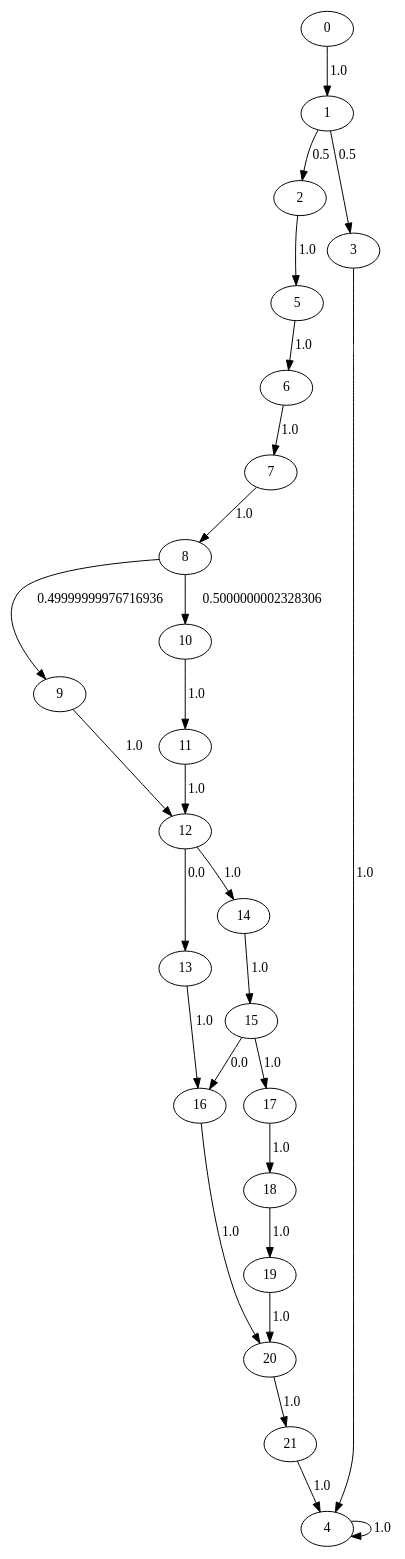
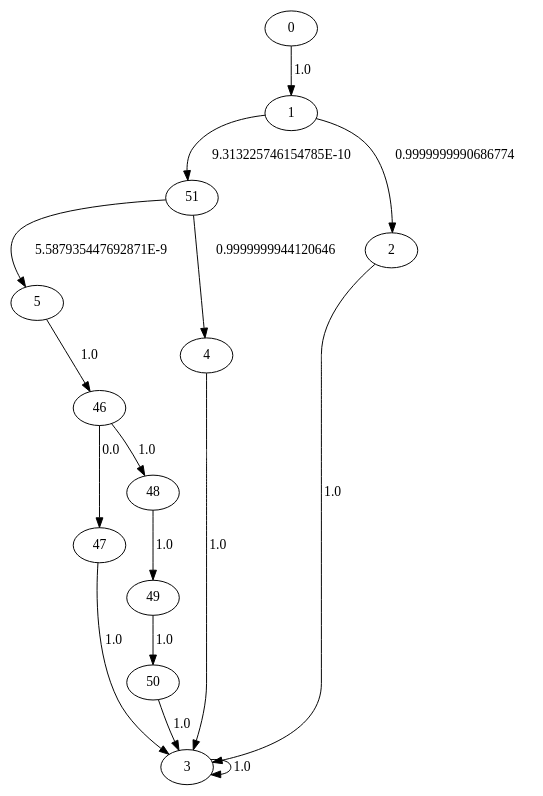
One commit to seemantasaha/DependencyAnalysis changed the diagram in LMain_test.dot. Above: the diagram before and after it, drawn with Graphviz. The commit also changed 17 other files, not shown here.

```diff
--- a/LMain_test.dot
+++ b/LMain_test.dot
@@ -1,28 +1,17 @@
 digraph {
-	11 -> 12[label= "1.0"];
-	12 -> 13[label= "0.0"];
-	12 -> 14[label= "1.0"];
-	13 -> 16[label= "1.0"];
-	14 -> 15[label= "1.0"];
-	15 -> 16[label= "0.0"];
-	15 -> 17[label= "1.0"];
-	16 -> 20[label= "1.0"];
-	17 -> 18[label= "1.0"];
-	18 -> 19[label= "1.0"];
-	19 -> 20[label= "1.0"];
+	46 -> 47[label= "0.0"];
+	46 -> 48[label= "1.0"];
+	47 -> 3[label= "1.0"];
+	48 -> 49[label= "1.0"];
+	49 -> 50[label= "1.0"];
+	50 -> 3[label= "1.0"];
+	51 -> 5[label= "5.587935447692871E-9"];
+	51 -> 4[label= "0.9999999944120646"];
 	0 -> 1[label= "1.0"];
-	1 -> 2[label= "0.5"];
-	1 -> 3[label= "0.5"];
-	2 -> 5[label= "1.0"];
-	3 -> 4[label= "1.0"];
-	4 -> 4[label= "1.0"];
-	5 -> 6[label= "1.0"];
-	6 -> 7[label= "1.0"];
-	7 -> 8[label= "1.0"];
-	8 -> 9[label= "0.49999999976716936"];
-	8 -> 10[label= "0.5000000002328306"];
-	9 -> 12[label= "1.0"];
-	20 -> 21[label= "1.0"];
-	10 -> 11[label= "1.0"];
-	21 -> 4[label= "1.0"];
+	1 -> 51[label= "9.313225746154785E-10"];
+	1 -> 2[label= "0.9999999990686774"];
+	2 -> 3[label= "1.0"];
+	3 -> 3[label= "1.0"];
+	4 -> 3[label= "1.0"];
+	5 -> 46[label= "1.0"];
 }
```
